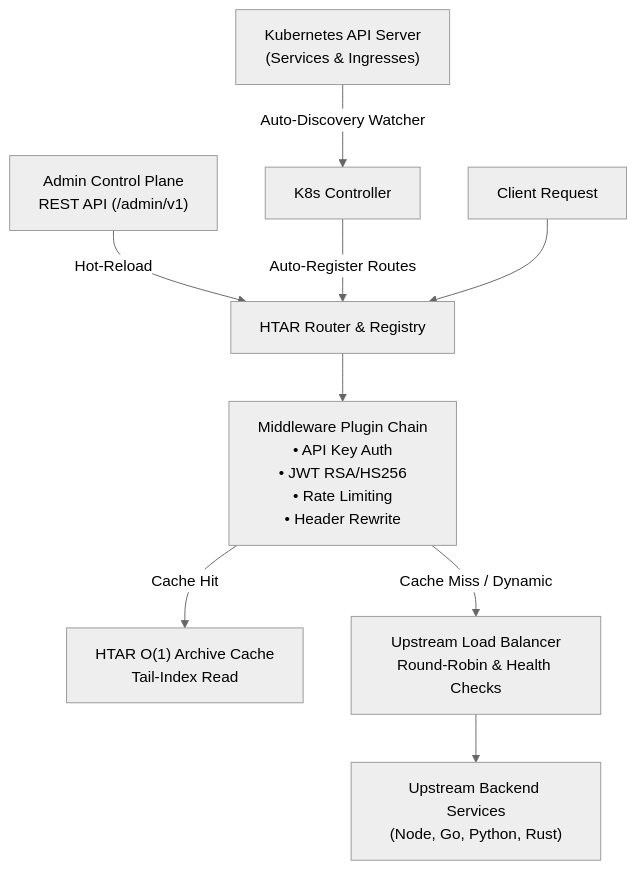
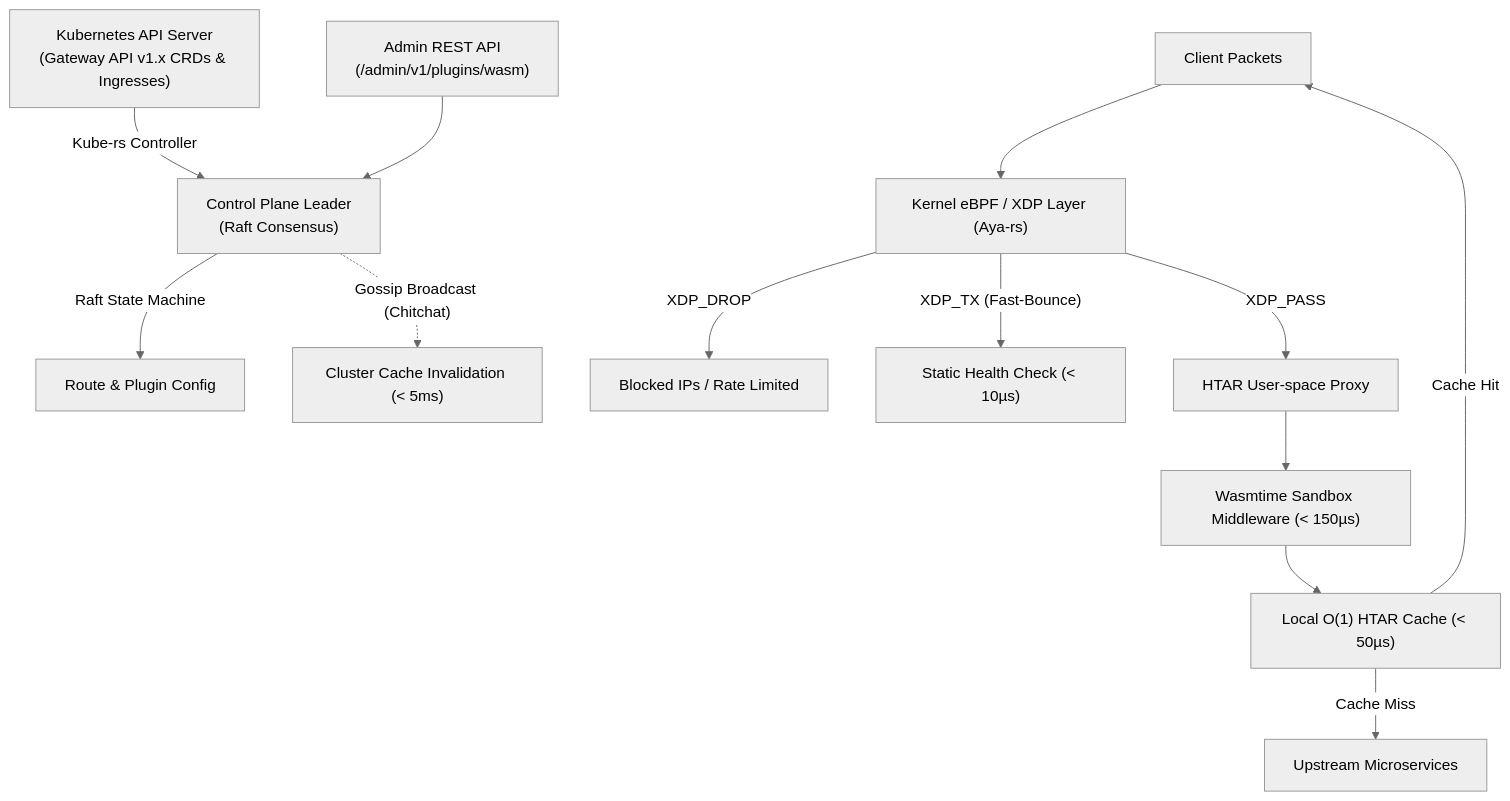
Before and after one commit to piyushS3V3N/htar-gateway: the diagram in README.md, drawn with Mermaid (neutral theme). The commit also changed other lines of this file and 18 other files, not shown here.

````diff
--- a/README.md
+++ b/README.md
@@ -9,16 +9,20 @@
 ```mermaid
 flowchart TD
-    K8sAPI["Kubernetes API Server<br/>(Services & Ingresses)"] -->|"Auto-Discovery Watcher"| K8sController["K8s Controller"]
-    Admin["Admin Control Plane<br/>REST API (/admin/v1)"] -->|"Hot-Reload"| Router["HTAR Router & Registry"]
-    K8sController -->|"Auto-Register Routes"| Router
+    K8sAPI["Kubernetes API Server<br/>(Gateway API v1.x CRDs & Ingresses)"] -->|"Kube-rs Controller"| CtrlPlane["Control Plane Leader<br/>(Raft Consensus)"]
+    AdminAPI["Admin REST API<br/>(/admin/v1/plugins/wasm)"] --> CtrlPlane
     
-    Client["Client Request"] --> Router
+    CtrlPlane -->|"Raft State Machine"| SyncState["Route & Plugin Config"]
+    CtrlPlane -. "Gossip Broadcast (Chitchat)" .-> CachePurge["Cluster Cache Invalidation (&lt; 5ms)"]
+
+    Client["Client Packets"] --> XDPLayer["Kernel eBPF / XDP Layer (Aya-rs)"]
     
-    Router --> PluginChain["Middleware Plugin Chain<br/>• API Key Auth<br/>• JWT RSA/HS256<br/>• Rate Limiting<br/>• Header Rewrite"]
+    XDPLayer -->|"XDP_DROP"| Drop["Blocked IPs / Rate Limited"]
+    XDPLayer -->|"XDP_TX (Fast-Bounce)"| FastHealth["Static Health Check (&lt; 10µs)"]
+    XDPLayer -->|"XDP_PASS"| UserSpace["HTAR User-space Proxy"]
     
-    PluginChain -->|"Cache Hit"| HTARCache["HTAR O(1) Archive Cache<br/>Tail-Index Read"]
+    UserSpace --> WasmEngine["Wasmtime Sandbox Middleware (&lt; 150µs)"]
+    WasmEngine --> CacheEngine["Local O(1) HTAR Cache (&lt; 50µs)"]
     
-    PluginChain -->|"Cache Miss / Dynamic"| LoadBalancer["Upstream Load Balancer<br/>Round-Robin & Health Checks"]
-    
-    LoadBalancer --> Upstream["Upstream Backend Services<br/>(Node, Go, Python, Rust)"]
+    CacheEngine -->|"Cache Hit"| Client
+    CacheEngine -->|"Cache Miss"| Upstream["Upstream Microservices"]
 ```
````
